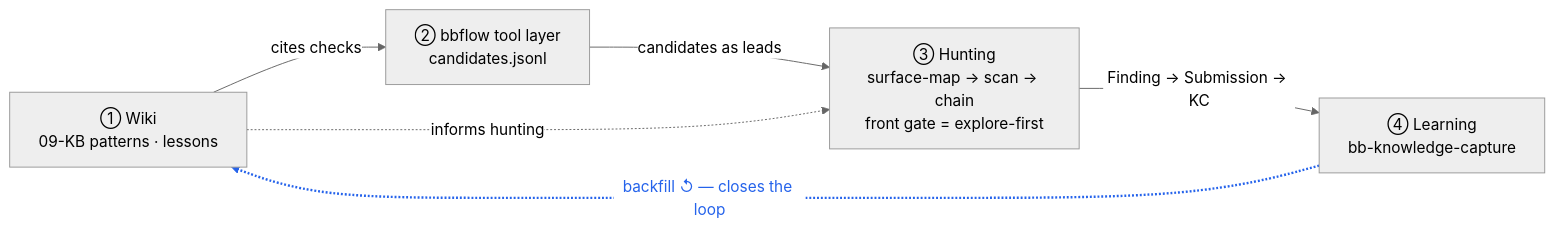
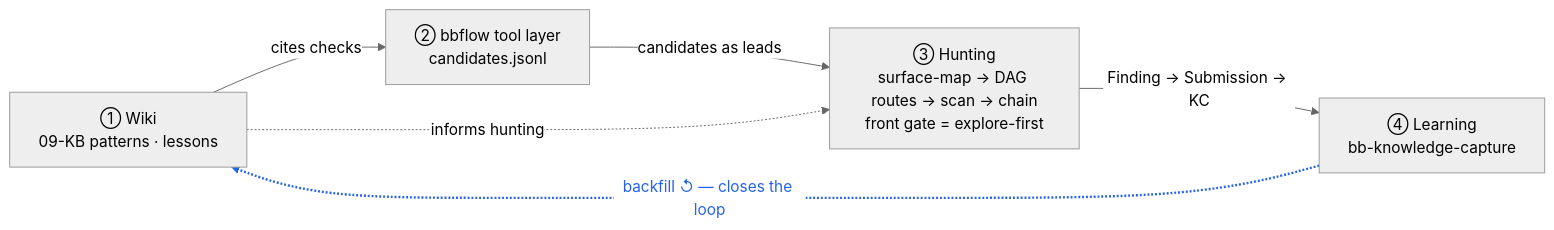
Before and after one commit to guan4tou2/bug-bounty-vault-framework: the diagram in docs/architecture-closed-loop.md, drawn with Mermaid (neutral theme). The commit also changed other lines of this file and 10 other files, not shown here.

````diff
--- a/docs/architecture-closed-loop.md
+++ b/docs/architecture-closed-loop.md
@@ -16,13 +16,13 @@
 ```mermaid
 flowchart LR
   W["① Wiki<br/>09-KB patterns · lessons"]
   T["② bbflow tool layer<br/>candidates.jsonl"]
-  H["③ Hunting<br/>surface-map → scan → chain<br/>front gate = explore-first"]
+  H["③ Hunting<br/>surface-map → DAG routes → scan → chain<br/>front gate = explore-first"]
   L["④ Learning<br/>bb-knowledge-capture"]
   W -->|cites checks| T
   T -->|candidates as leads| H
   H -->|Finding → Submission → KC| L
   L -.->|"backfill ↺ — closes the loop"| W
   W -.->|informs hunting| H
   linkStyle 3 stroke:#2563eb,stroke-width:2.5px,color:#2563eb
 ```
````
